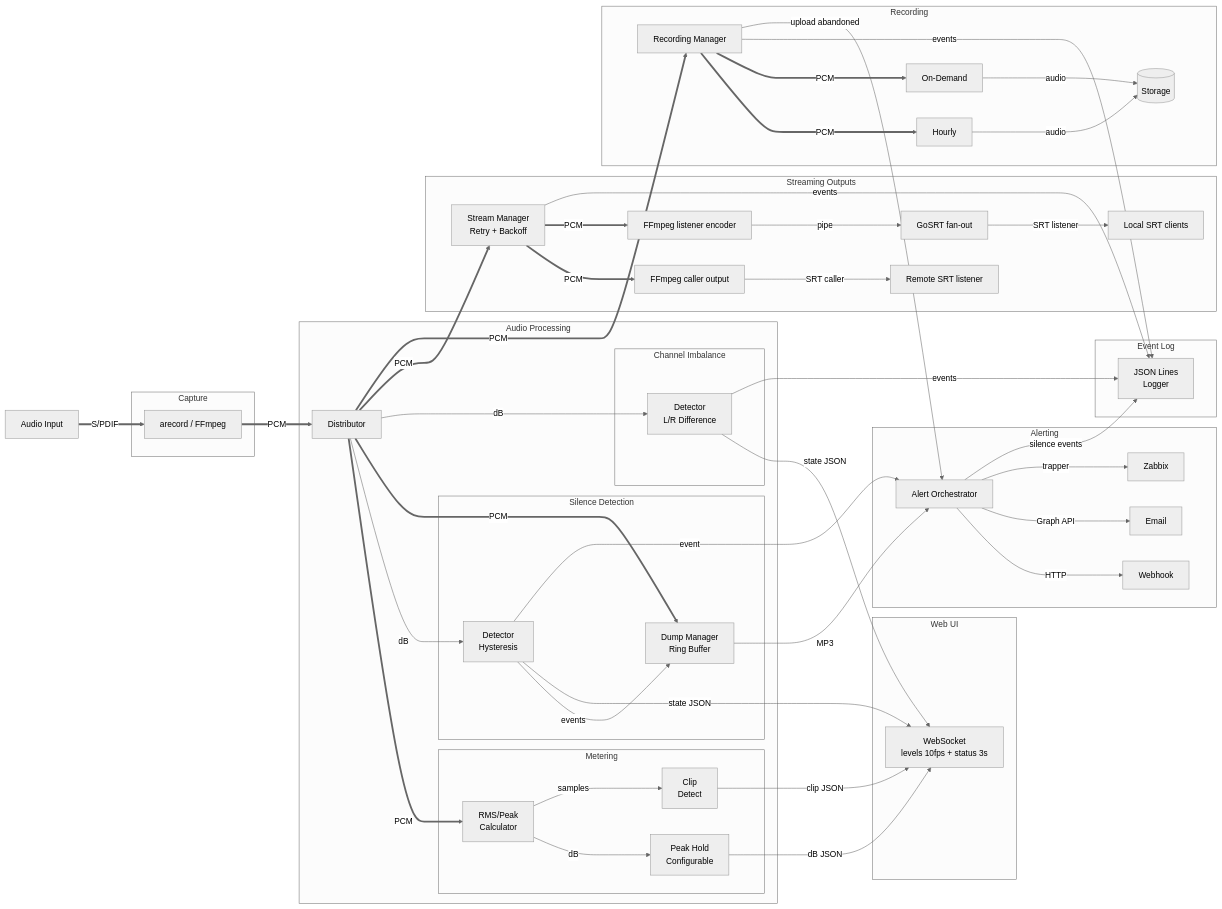
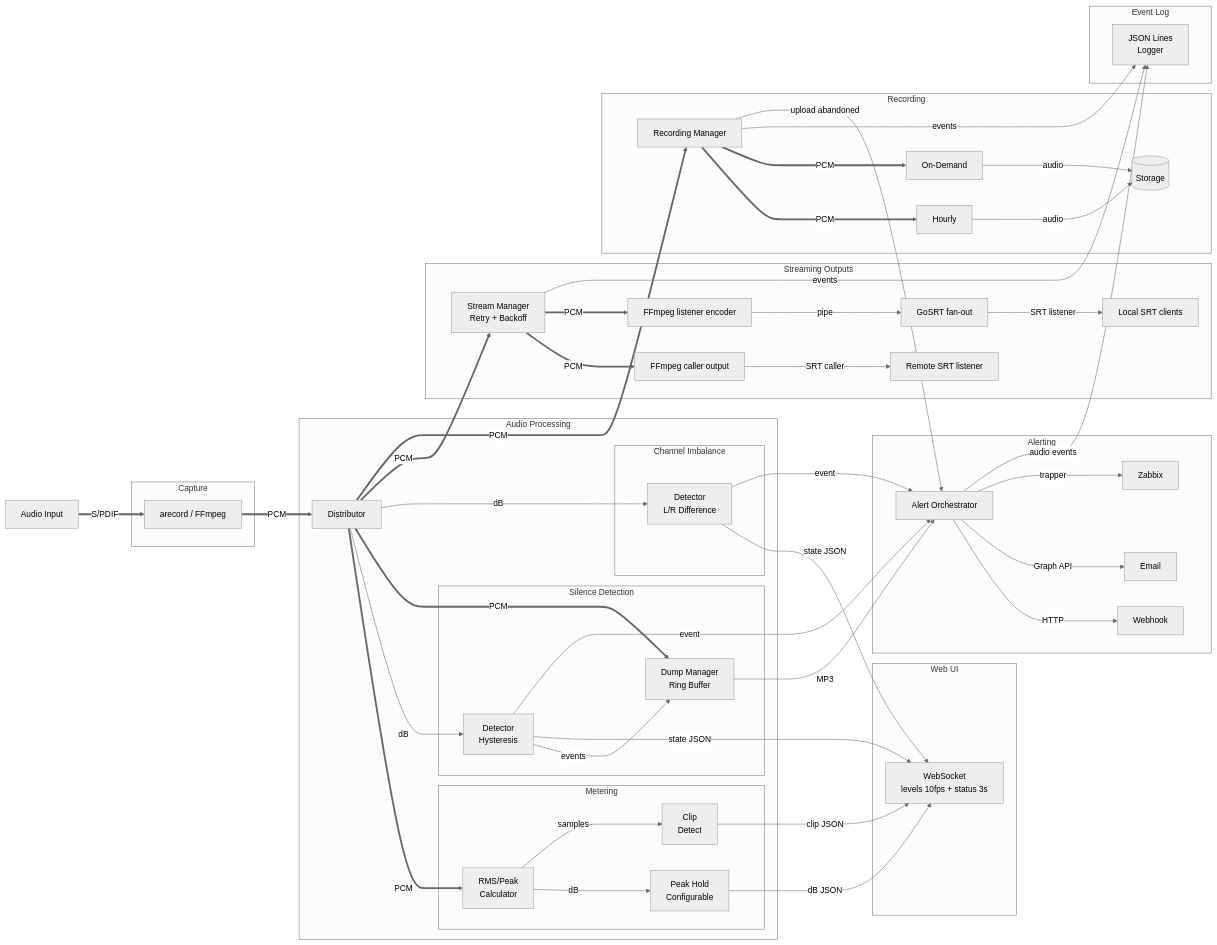
The diagram in README.md (oszuidwest/zwfm-encoder), drawn with Mermaid (neutral theme) before and after one commit. The commit also changed other lines of this file and 21 other files, not shown here.

```diff
--- a/README.md
+++ b/README.md
@@ -321,11 +321,11 @@
     %% Alerting
     SD -->|event| SN
     SDM -->|MP3| SN
-    ID -->|events| EL
+    ID -->|event| SN
     SN -->|HTTP| N1
     SN -->|Graph API| N2
     SN -->|trapper| N4
-    SN -->|silence events| EL
+    SN -->|audio events| EL
 
     %% Streaming
     D ==>|PCM| OM
```
